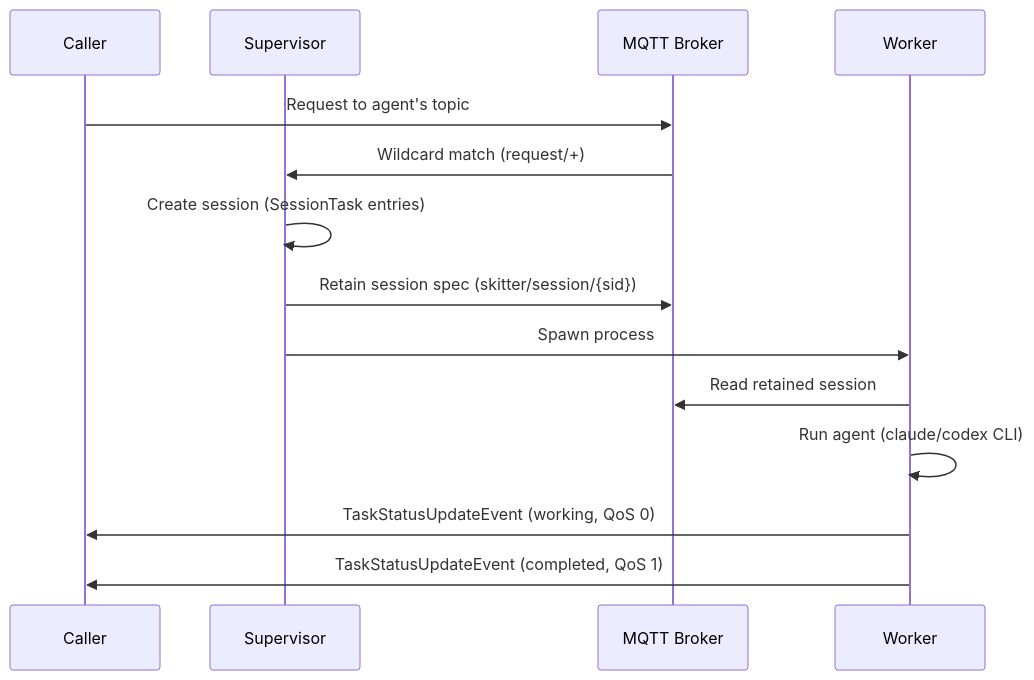
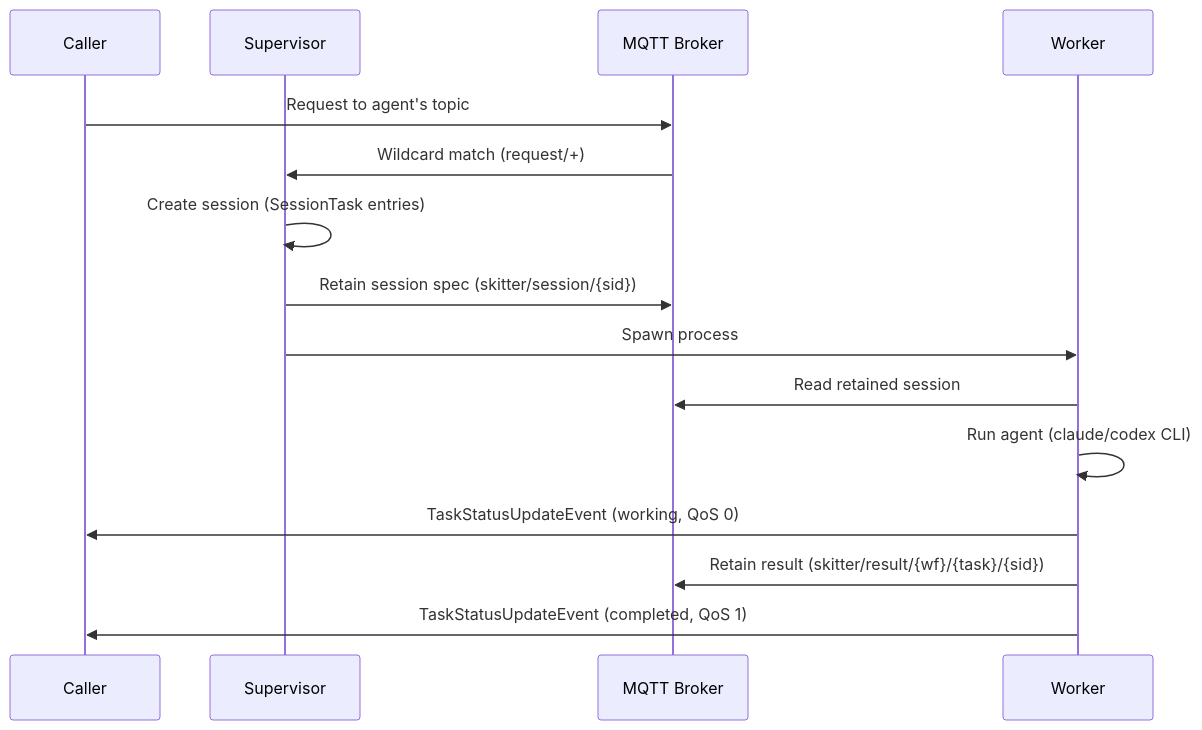
The first of 3 diagrams in docs/architecture.md (id/skitter), drawn with Mermaid before and after one commit. The commit also changed other lines of this file, not shown here.

Commit message:
fix: docs/architecture.md

````diff
--- a/docs/architecture.md
+++ b/docs/architecture.md
@@ -59,17 +59,18 @@
 ```mermaid
 sequenceDiagram
     participant C as Caller
     participant S as Supervisor
     participant B as MQTT Broker
     participant W as Worker
 
     C->>B: Request to agent's topic
     B->>S: Wildcard match (request/+)
     S->>S: Create session (SessionTask entries)
     S->>B: Retain session spec (skitter/session/{sid})
     S->>W: Spawn process
     W->>B: Read retained session
     W->>W: Run agent (claude/codex CLI)
     W->>C: TaskStatusUpdateEvent (working, QoS 0)
+    W->>B: Retain result (skitter/result/{wf}/{task}/{sid})
     W->>C: TaskStatusUpdateEvent (completed, QoS 1)
 ```
````
